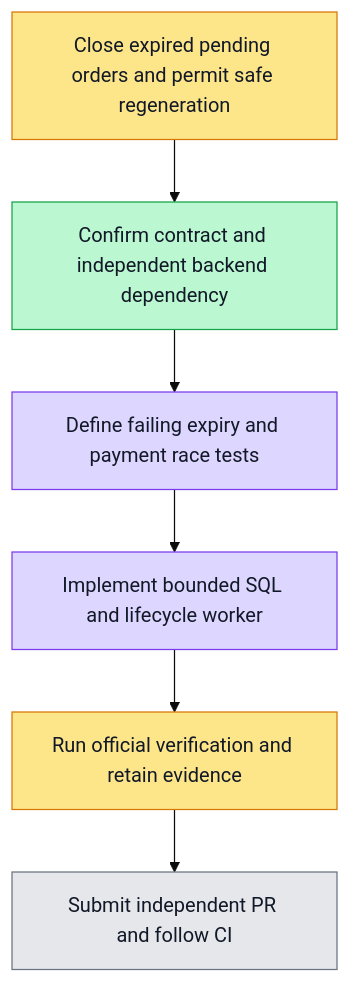
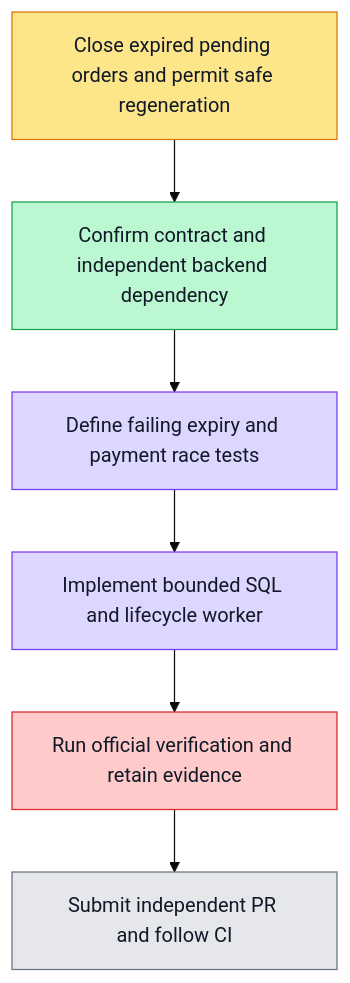
Before and after one commit to boardx/workspacex: the diagram in phases/phase-21-billing-payment/sprints/sprint-07/plans/F07.plan.md, drawn with Mermaid (base theme). The commit also changed 6 other files, not shown here.

Commit message:
docs(billing): preserve interrupted validation for prerequisite review fixes

````diff
--- a/phases/phase-21-billing-payment/sprints/sprint-07/plans/F07.plan.md
+++ b/phases/phase-21-billing-payment/sprints/sprint-07/plans/F07.plan.md
@@ -7,25 +7,26 @@
 ```mermaid
 flowchart TD
   G[Close expired pending orders and permit safe regeneration]
   S1[Confirm contract and independent backend dependency]
   S2[Define failing expiry and payment race tests]
   S3[Implement bounded SQL and lifecycle worker]
   S4[Run official verification and retain evidence]
   S5[Submit independent PR and follow CI]
   G --> S1 --> S2 --> S3 --> S4 --> S5
 
   classDef todo fill:#e5e7eb,stroke:#6b7280,color:#111827
   classDef doing fill:#fde68a,stroke:#d97706,color:#111827
   classDef done fill:#bbf7d0,stroke:#16a34a,color:#111827
   classDef tested fill:#ddd6fe,stroke:#7c3aed,color:#111827
   classDef blocked fill:#fecaca,stroke:#dc2626,color:#111827
   class G doing
   class S1 done
   class S2 tested
   %% evidence S2: evidence/F07.red.log and evidence/F07.first-focused-failed.log
   class S3 tested
   %% evidence S3: evidence/F07.reordered-focused.log - 129 assertions on source69402b4
-  class S4 doing
+  class S4 blocked
+  %% blocked S4: New verified prerequisite review blockers in PR5799; d40c6 formal intentionally interrupted at851 successful API files, real exit130; not a test assertion failure, not fullPASS. Evidence/F07.diagnostic-interrupted-api.log.
   %% S4: prior source0579448 failure retained. Fresh source includes internal validator diagnostics from PR5799; exact-source official gate pending.
   class S5 todo
 ```
````
